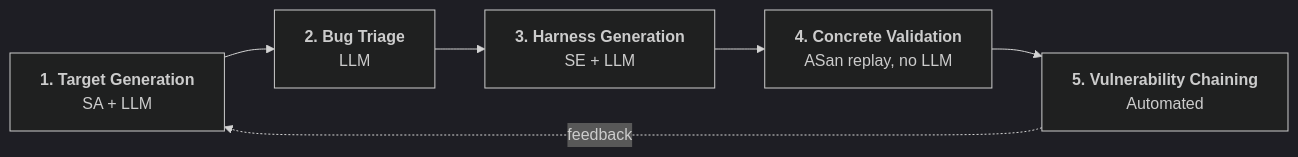
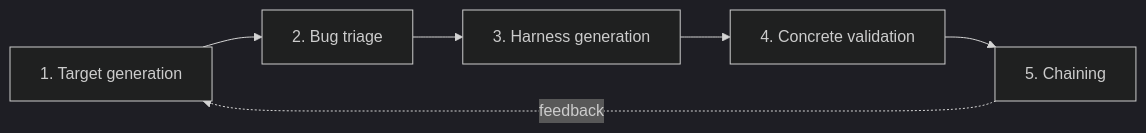
The diagram in README.md (DaniilNovak2005/ERSP-Chaining-Project), drawn with Mermaid (dark theme) before and after one commit. The commit also changed other lines of this file and 269 other files, not shown here.

````diff
--- a/README.md
+++ b/README.md
@@ -32,8 +32,8 @@
 ```mermaid
 flowchart LR
-    A["<b>1. Target Generation</b><br/>SA + LLM"] --> B["<b>2. Bug Triage</b><br/>LLM"]
-    B --> C["<b>3. Harness Generation</b><br/>SE + LLM"]
-    C --> D["<b>4. Concrete Validation</b><br/>ASan replay, no LLM"]
-    D --> E["<b>5. Vulnerability Chaining</b><br/>Automated"]
+    A["1. Target generation"] --> B["2. Bug triage"]
+    B --> C["3. Harness generation"]
+    C --> D["4. Concrete validation"]
+    D --> E["5. Chaining"]
     E -. feedback .-> A
 ```
````
